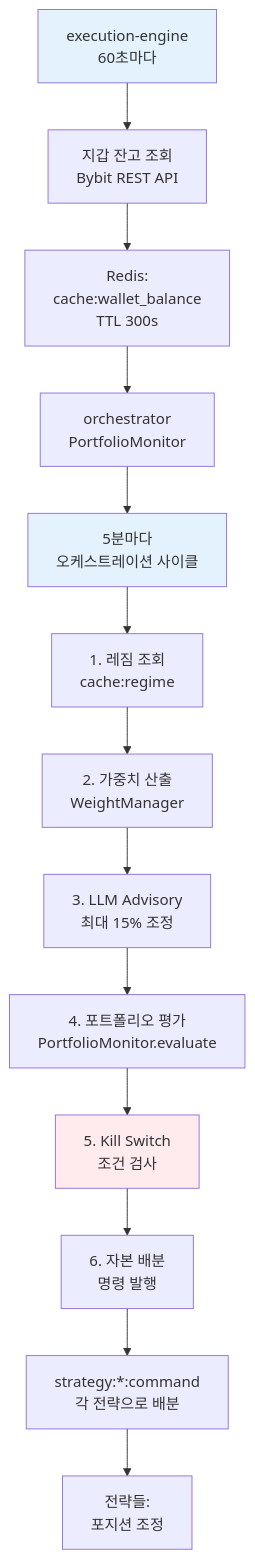
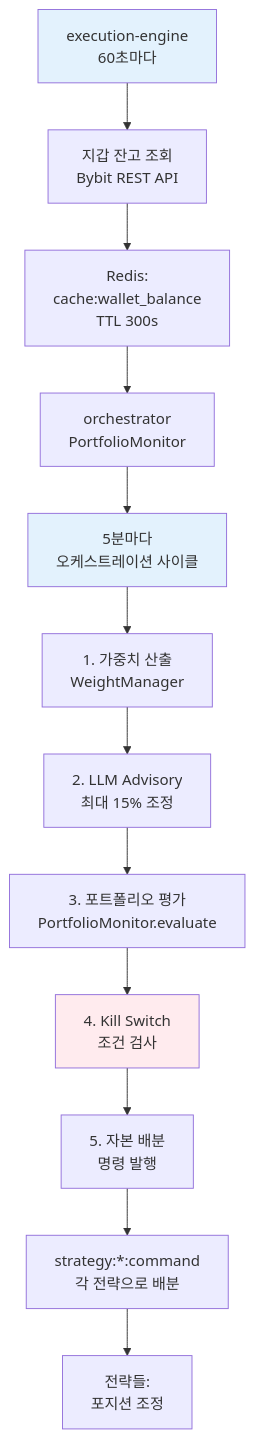
One commit to Justant-source/Bit-Mania changed the sixth of 9 diagrams in docs/architecture/data-flow.md. Above: the diagram before and after it, drawn with Mermaid. The commit also changed other lines of this file and 37 other files, not shown here.

````diff
--- a/docs/architecture/data-flow.md
+++ b/docs/architecture/data-flow.md
@@ -411,19 +347,18 @@
 ```mermaid
 graph TD
     A["execution-engine<br>60초마다"] --> B["지갑 잔고 조회<br>Bybit REST API"]
     B --> C["Redis:<br>cache:wallet_balance<br>TTL 300s"]
     C --> D["orchestrator<br>PortfolioMonitor"]
     D --> E["5분마다<br>오케스트레이션 사이클"]
-    E --> F["1. 레짐 조회<br>cache:regime"]
-    F --> G["2. 가중치 산출<br>WeightManager"]
-    G --> H["3. LLM Advisory<br>최대 15% 조정"]
-    H --> I["4. 포트폴리오 평가<br>PortfolioMonitor.evaluate"]
-    I --> J["5. Kill Switch<br>조건 검사"]
-    J --> K["6. 자본 배분<br>명령 발행"]
-    K --> L["strategy:*:command<br>각 전략으로 배분"]
-    L --> M["전략들:<br>포지션 조정"]
+    E --> F["1. 가중치 산출<br>WeightManager"]
+    F --> G["2. LLM Advisory<br>최대 15% 조정"]
+    G --> H["3. 포트폴리오 평가<br>PortfolioMonitor.evaluate"]
+    H --> I["4. Kill Switch<br>조건 검사"]
+    I --> J["5. 자본 배분<br>명령 발행"]
+    J --> K["strategy:*:command<br>각 전략으로 배분"]
+    K --> L["전략들:<br>포지션 조정"]
 
     style A fill:#E3F2FD
     style E fill:#E3F2FD
-    style J fill:#FFEBEE
+    style I fill:#FFEBEE
 ```
````
